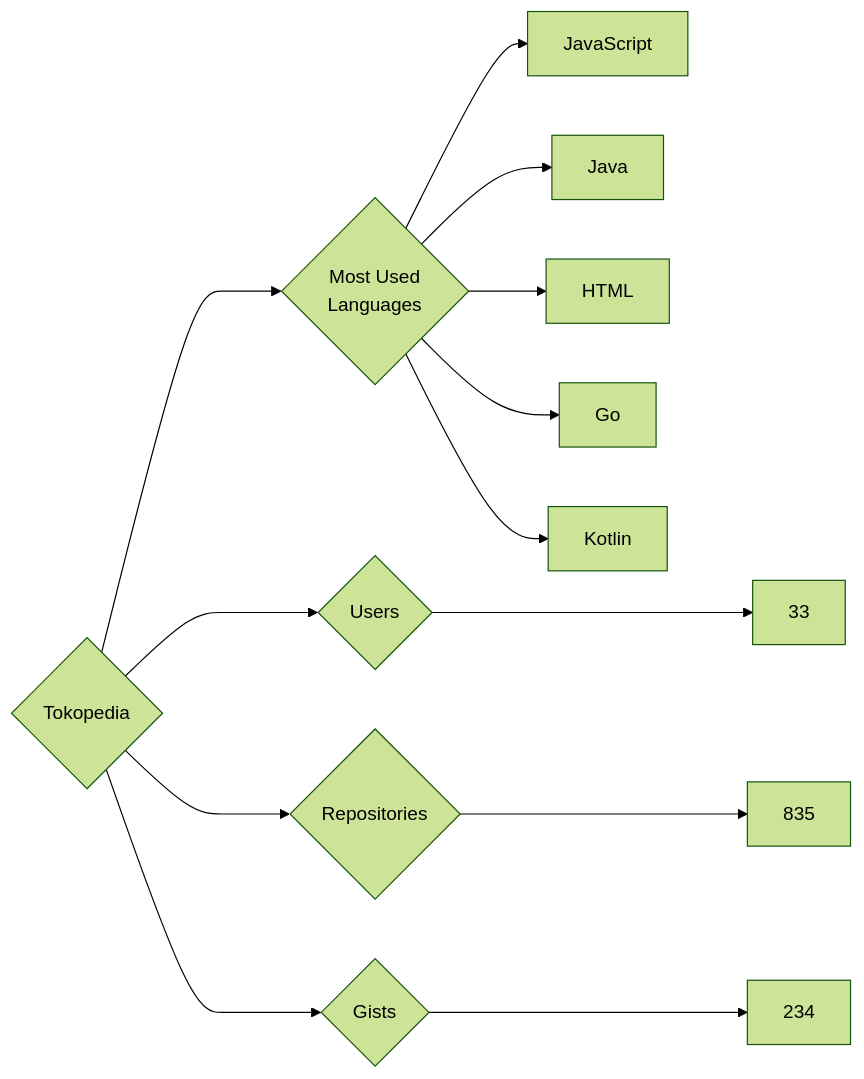
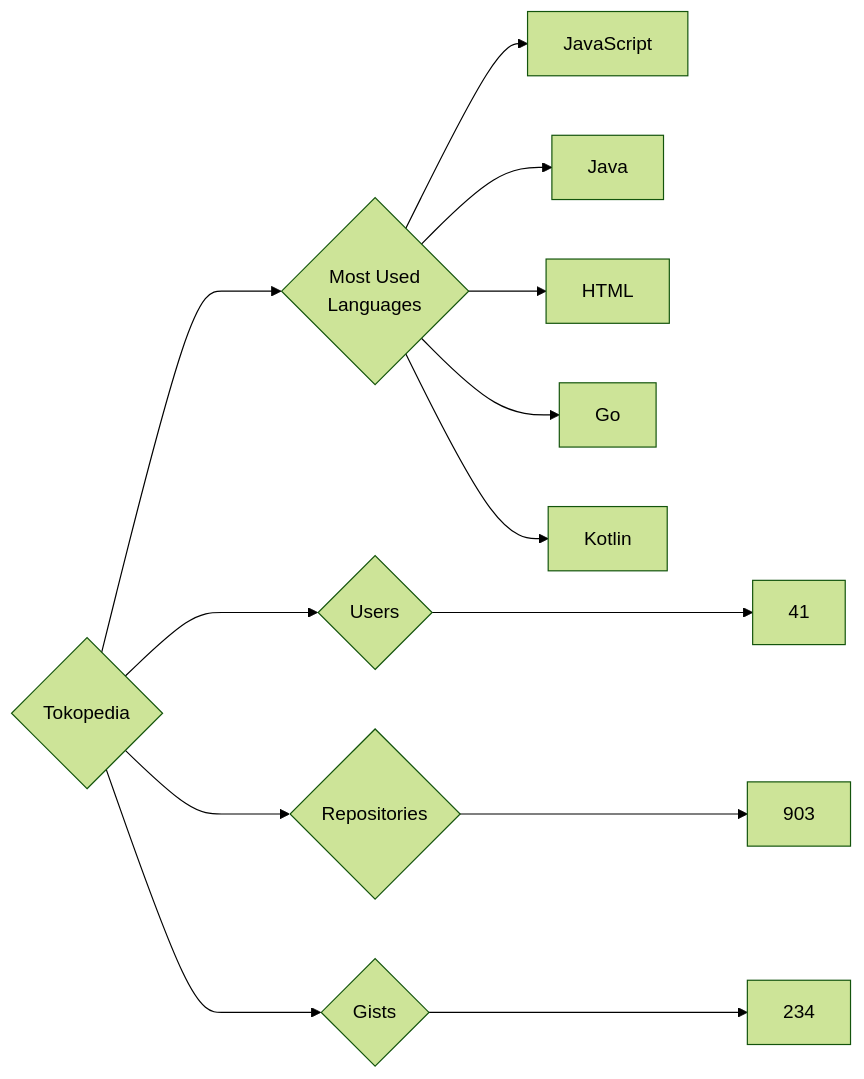
The diagram in targets/Tokopedia/README.md (trickest/insiders), drawn with Mermaid (forest theme) before and after one commit. The commit also changed 1696 other files, not shown here.

````diff
--- a/targets/Tokopedia/README.md
+++ b/targets/Tokopedia/README.md
@@ -3,13 +3,13 @@
 ```mermaid
 graph LR
 COMPANY_NAME{Tokopedia}
-COMPANY_NAME ---> U{Users} ---> UN[33]
-COMPANY_NAME ---> R{Repositories} ---> RN[835]
+COMPANY_NAME ---> U{Users} ---> UN[41]
+COMPANY_NAME ---> R{Repositories} ---> RN[903]
 COMPANY_NAME ---> G{Gists} ---> GN[234]
 COMPANY_NAME ---> ML{Most Used<br>Languages}
 ML --> JavaScript[JavaScript]
 ML --> Java[Java]
 ML --> HTML[HTML]
 ML --> Go[Go]
 ML --> Kotlin[Kotlin]
 ```
````
